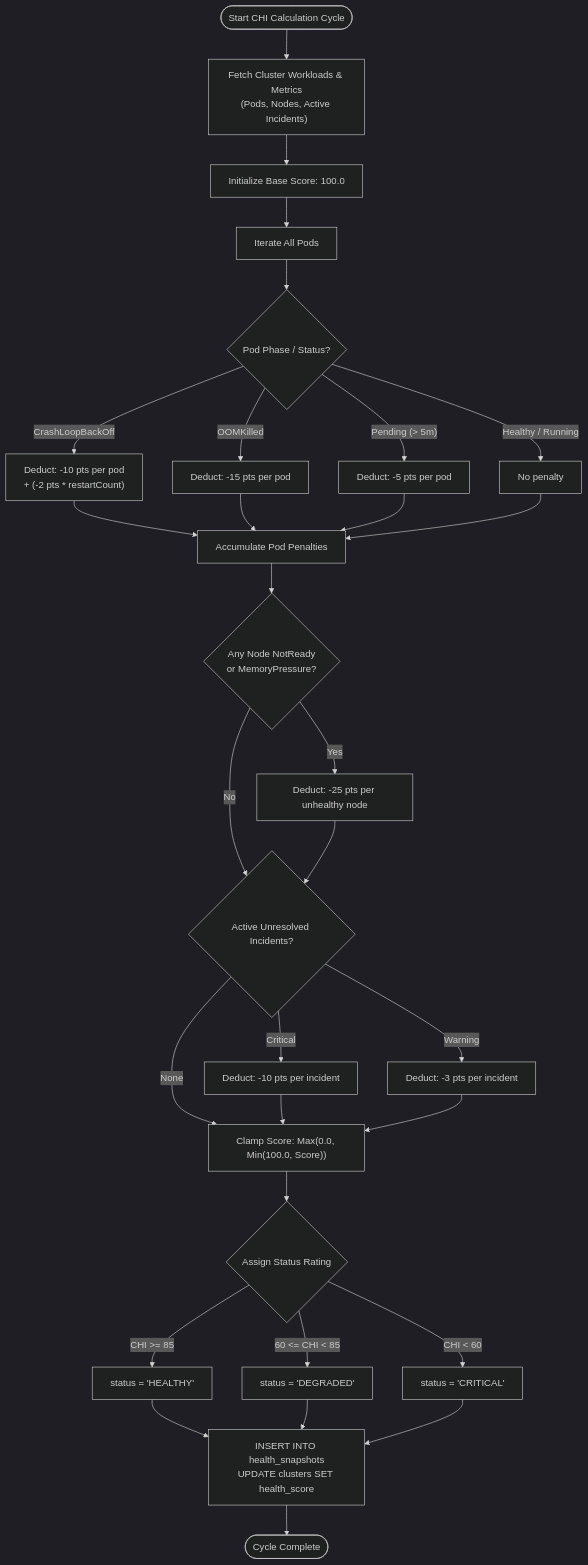
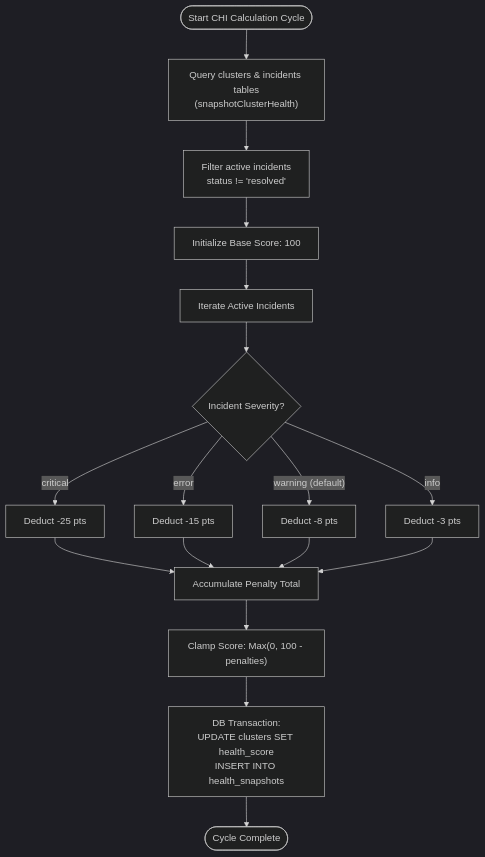
The eighth of 9 diagrams in docs/detailed-design.md (P20000/EnvScale), drawn with Mermaid (dark theme) before and after one commit. The commit also changed other lines of this file and 29 other files, not shown here.

````diff
--- a/docs/detailed-design.md
+++ b/docs/detailed-design.md
@@ -411,42 +424,23 @@
 ```mermaid
 flowchart TD
-    START(["Start CHI Calculation Cycle"]) --> FETCH["Fetch Cluster Workloads & Metrics<br/>(Pods, Nodes, Active Incidents)"]
-    FETCH --> INIT_SCORE["Initialize Base Score: 100.0"]
-    
-    INIT_SCORE --> POD_LOOP["Iterate All Pods"]
-    POD_LOOP --> CHECK_POD{"Pod Phase / Status?"}
-    
-    CHECK_POD -- "CrashLoopBackOff" --> PEN_CRASH["Deduct: -10 pts per pod<br/>+ (-2 pts * restartCount)"]
-    CHECK_POD -- "OOMKilled" --> PEN_OOM["Deduct: -15 pts per pod"]
-    CHECK_POD -- "Pending (> 5m)" --> PEN_PEND["Deduct: -5 pts per pod"]
-    CHECK_POD -- "Healthy / Running" --> POD_NEXT["No penalty"]
-    
-    PEN_CRASH --> POD_ACC["Accumulate Pod Penalties"]
-    PEN_OOM --> POD_ACC
-    PEN_PEND --> POD_ACC
-    POD_NEXT --> POD_ACC
-    
-    POD_ACC --> NODE_CHECK{"Any Node NotReady<br/>or MemoryPressure?"}
-    NODE_CHECK -- Yes --> PEN_NODE["Deduct: -25 pts per unhealthy node"]
-    NODE_CHECK -- No --> ALERT_CHECK
-    PEN_NODE --> ALERT_CHECK
-    
-    ALERT_CHECK{"Active Unresolved Incidents?"}
-    ALERT_CHECK -- "Critical" --> PEN_CRIT["Deduct: -10 pts per incident"]
-    ALERT_CHECK -- "Warning" --> PEN_WARN["Deduct: -3 pts per incident"]
-    ALERT_CHECK -- "None" --> CLAMP
-    PEN_CRIT --> CLAMP
-    PEN_WARN --> CLAMP
-    
-    CLAMP["Clamp Score: Max(0.0, Min(100.0, Score))"]
-    CLAMP --> RATING{"Assign Status Rating"}
-    
-    RATING -- "CHI >= 85" --> STATUS_H["status = 'HEALTHY'"]
-    RATING -- "60 <= CHI < 85" --> STATUS_D["status = 'DEGRADED'"]
-    RATING -- "CHI < 60" --> STATUS_C["status = 'CRITICAL'"]
-    
-    STATUS_H --> SAVE["INSERT INTO health_snapshots<br/>UPDATE clusters SET health_score"]
-    STATUS_D --> SAVE
-    STATUS_C --> SAVE
+    START(["Start CHI Calculation Cycle"]) --> FETCH["Query clusters & incidents tables<br/>(snapshotClusterHealth)"]
+    FETCH --> FILTER["Filter active incidents<br/>status != 'resolved'"]
+    FILTER --> INIT_SCORE["Initialize Base Score: 100"]
+
+    INIT_SCORE --> INC_LOOP["Iterate Active Incidents"]
+    INC_LOOP --> SEV_CHECK{"Incident Severity?"}
+
+    SEV_CHECK -- "critical" --> PEN_CRIT["Deduct -25 pts"]
+    SEV_CHECK -- "error" --> PEN_ERR["Deduct -15 pts"]
+    SEV_CHECK -- "warning (default)" --> PEN_WARN["Deduct -8 pts"]
+    SEV_CHECK -- "info" --> PEN_INFO["Deduct -3 pts"]
+
+    PEN_CRIT --> ACC["Accumulate Penalty Total"]
+    PEN_ERR --> ACC
+    PEN_WARN --> ACC
+    PEN_INFO --> ACC
+
+    ACC --> CLAMP["Clamp Score: Max(0, 100 - penalties)"]
+    CLAMP --> SAVE["DB Transaction:<br/>UPDATE clusters SET health_score<br/>INSERT INTO health_snapshots"]
     SAVE --> END(["Cycle Complete"])
 ```
````
